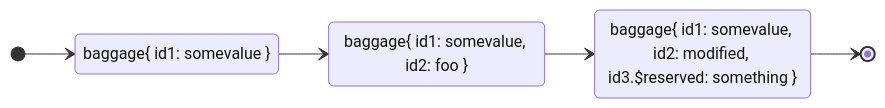
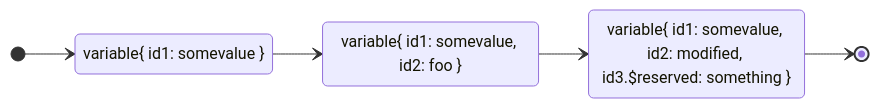
One commit to crowleyfelix/go-pipeline changed the second of 3 diagrams in README.md. Above: the diagram before and after it, drawn with Mermaid. The commit also changed other lines of this file and 15 other files, not shown here.

````diff
--- a/README.md
+++ b/README.md
@@ -28,12 +28,12 @@
 ```mermaid
 stateDiagram
     direction LR
-    state "baggage{ id1: somevalue }" as baggage1
-    state "baggage{ id1: somevalue, id2: foo }" as baggage2
-    state "baggage{ id1: somevalue, id2: modified, id3.$reserved: something }" as baggage3
+    state "variable{ id1: somevalue }" as variable1
+    state "variable{ id1: somevalue, id2: foo }" as variable2
+    state "variable{ id1: somevalue, id2: modified, id3.$reserved: something }" as variable3
 
-    [*] --> baggage1
-    baggage1 --> baggage2
-    baggage2 --> baggage3
-    baggage3 --> [*]
+    [*] --> variable1
+    variable1 --> variable2
+    variable2 --> variable3
+    variable3 --> [*]
 ```
````
